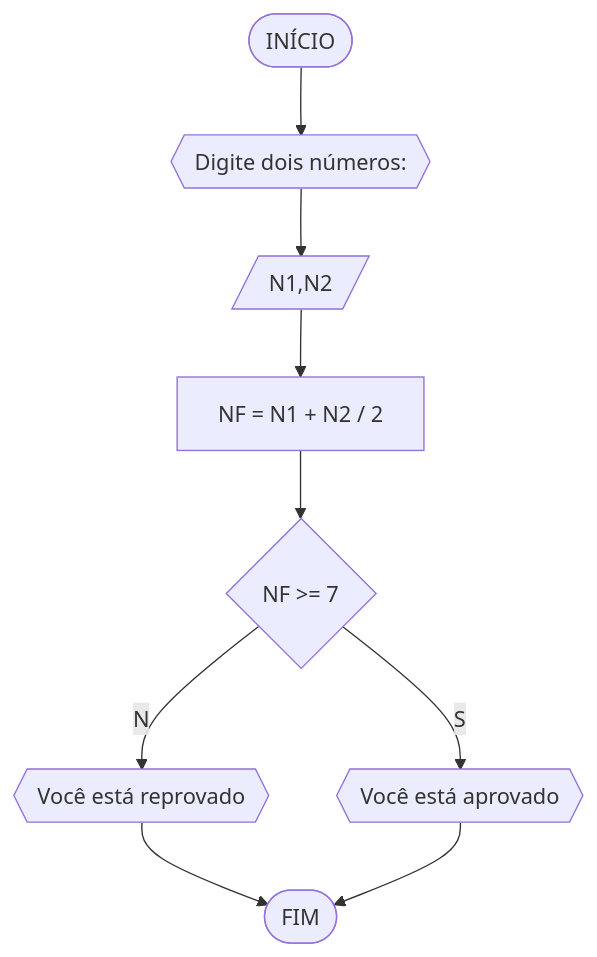
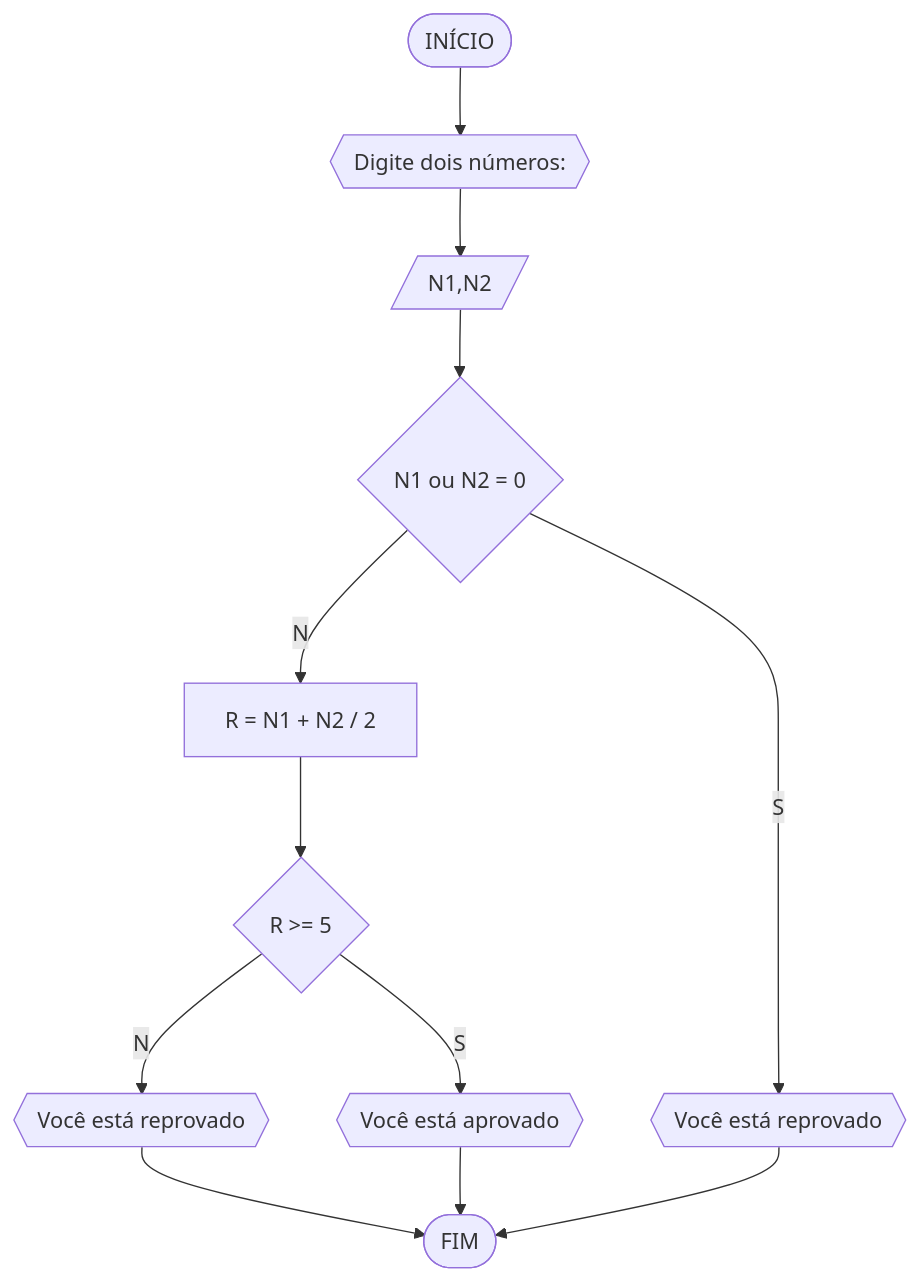
The first of 4 diagrams in RLA/lista1_exercicios.md (BrggLucas/UNIFOR), drawn with Mermaid before and after one commit. The commit also changed other lines of this file, not shown here.

````diff
--- a/RLA/lista1_exercicios.md
+++ b/RLA/lista1_exercicios.md
@@ -9,11 +9,14 @@
 ```mermaid
 flowchart TD
 A([INÍCIO])-->B{{Digite dois números:}}
 B-->C[/N1,N2/]
-C-->D[NF = N1 + N2 / 2]
-D-->E{NF >= 7}
-E--N-->F{{Você está reprovado}}
-E--S-->G{{Você está aprovado}}
-F-->H([FIM])
-G-->H
+C-->D{N1 ou N2 = 0}
+D--S-->E{{Você está reprovado}}
+D--N-->F[R = N1 + N2 / 2]
+F-->G{R >= 5}
+G--S-->H{{Você está aprovado}}
+G--N-->I{{Você está reprovado}}
+I-->J([FIM])
+H-->J
+E-->J
 ```
````
